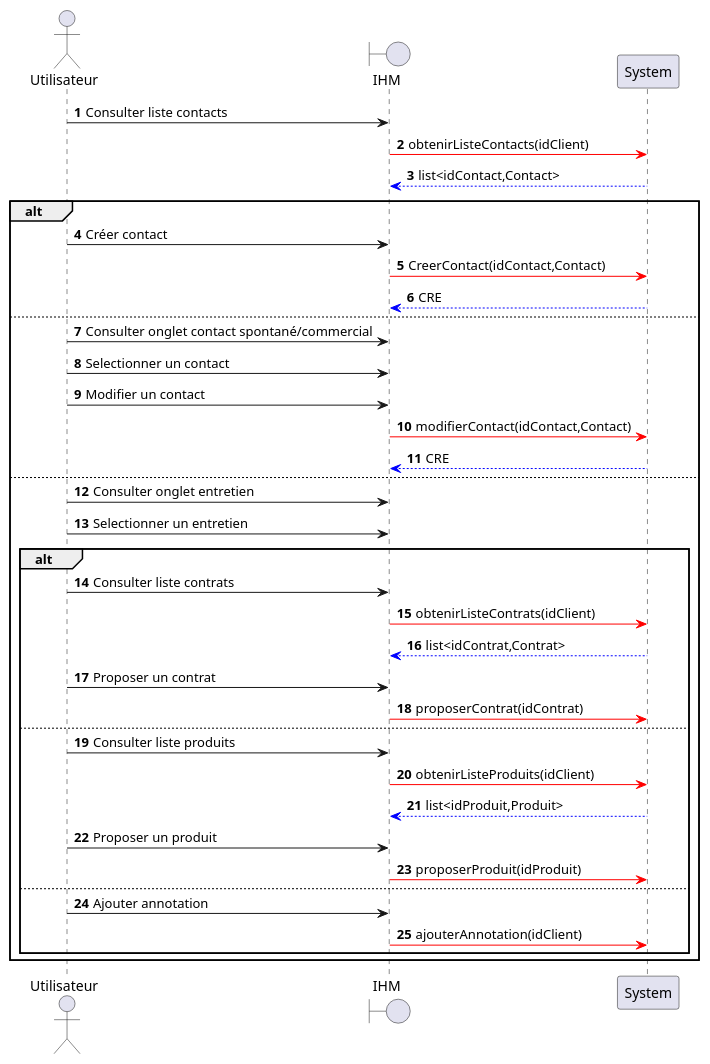
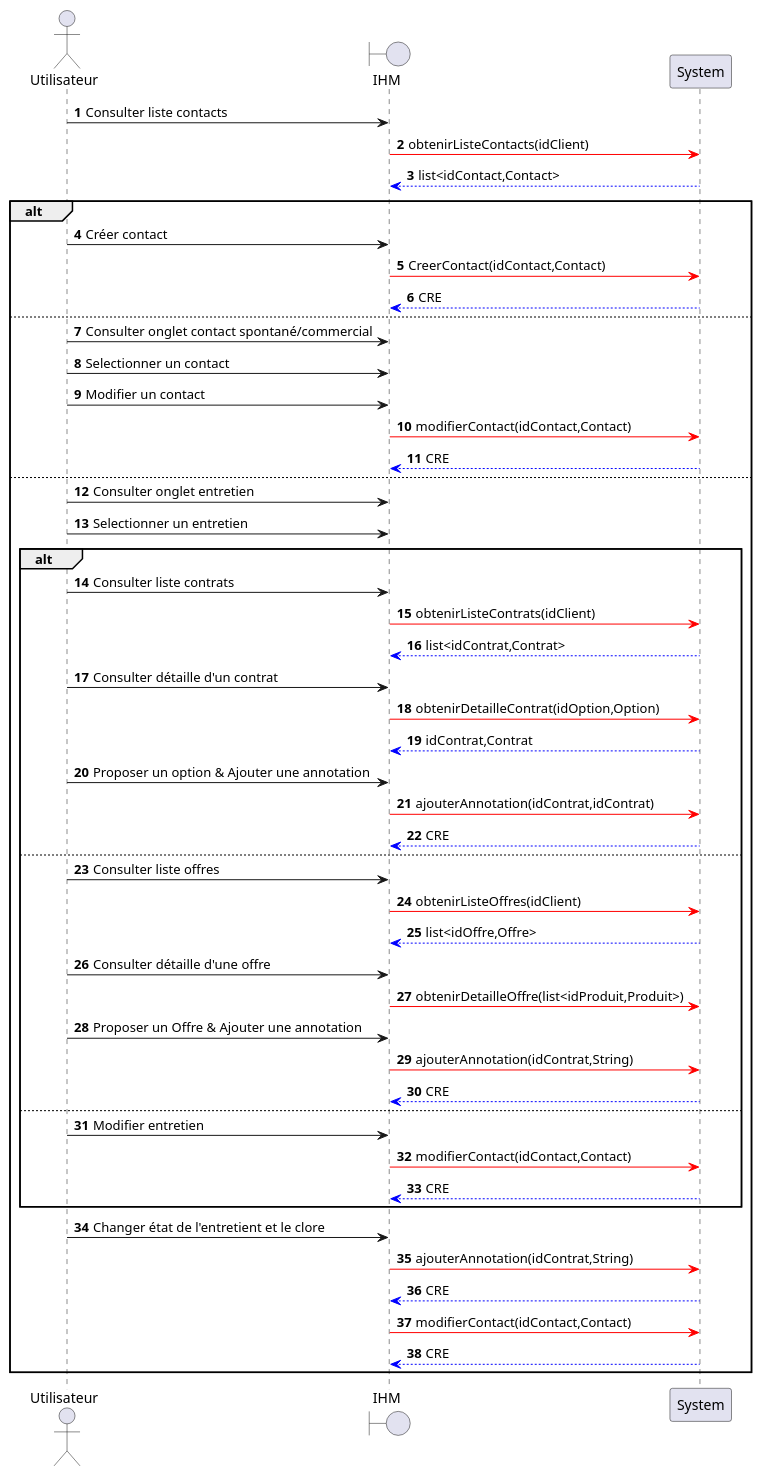
The diagram in src/documentation/CU3-DSS.puml (HZjiadong/PLD-MARS), drawn with PlantUML before and after one commit. The commit also changed 1 other file, not shown here.

```diff
--- a/src/documentation/CU3-DSS.puml
+++ b/src/documentation/CU3-DSS.puml
@@ -1,42 +1,55 @@
 @startuml
 actor Utilisateur as U
 boundary IHM as I
 participant System as S
 
 autonumber
 
 U->I: Consulter liste contacts
 I-[#red]>S: obtenirListeContacts(idClient)
 S-[#0000FF]->I: list<idContact,Contact>
 
 alt
     U->I: Créer contact
     I-[#red]>S: CreerContact(idContact,Contact)
     S-[#0000FF]->I: CRE
 else
     U->I: Consulter onglet contact spontané/commercial
     U->I: Selectionner un contact
     U->I: Modifier un contact
     I-[#red]>S: modifierContact(idContact,Contact)
     S-[#0000FF]->I: CRE
 else
     U->I: Consulter onglet entretien
     U->I: Selectionner un entretien
     alt
         U->I: Consulter liste contrats
         I-[#red]>S: obtenirListeContrats(idClient)
         S-[#0000FF]->I: list<idContrat,Contrat>
-        U->I: Proposer un contrat
-        I-[#red]>S: proposerContrat(idContrat)
+        U->I: Consulter détaille d'un contrat
+        I-[#red]>S: obtenirDetailleContrat(idOption,Option)
+        S-[#0000FF]->I: idContrat,Contrat
+        U->I: Proposer un option & Ajouter une annotation
+        I-[#red]>S: ajouterAnnotation(idContrat,idContrat)
+        S-[#0000FF]->I: CRE
     else
-        U->I: Consulter liste produits
-        I-[#red]>S: obtenirListeProduits(idClient)
-        S-[#0000FF]->I: list<idProduit,Produit>
-        U->I: Proposer un produit
-        I-[#red]>S: proposerProduit(idProduit)
+        U->I: Consulter liste offres
+        I-[#red]>S: obtenirListeOffres(idClient)
+        S-[#0000FF]->I: list<idOffre,Offre>
+        U->I: Consulter détaille d'une offre
+        I-[#red]>S: obtenirDetailleOffre(list<idProduit,Produit>)
+        U->I: Proposer un Offre & Ajouter une annotation
+        I-[#red]>S: ajouterAnnotation(idContrat,String)
+        S-[#0000FF]->I: CRE
     else
-        U->I: Ajouter annotation
-        I-[#red]>S: ajouterAnnotation(idClient)
+        U->I: Modifier entretien
+        I-[#red]>S: modifierContact(idContact,Contact)
+        S-[#0000FF]->I: CRE
     end
+    U->I: Changer état de l'entretient et le clore
+    I-[#red]>S: ajouterAnnotation(idContrat,String)
+    S-[#0000FF]->I: CRE
+    I-[#red]>S: modifierContact(idContact,Contact)
+    S-[#0000FF]->I: CRE
 end
 @enduml
```
